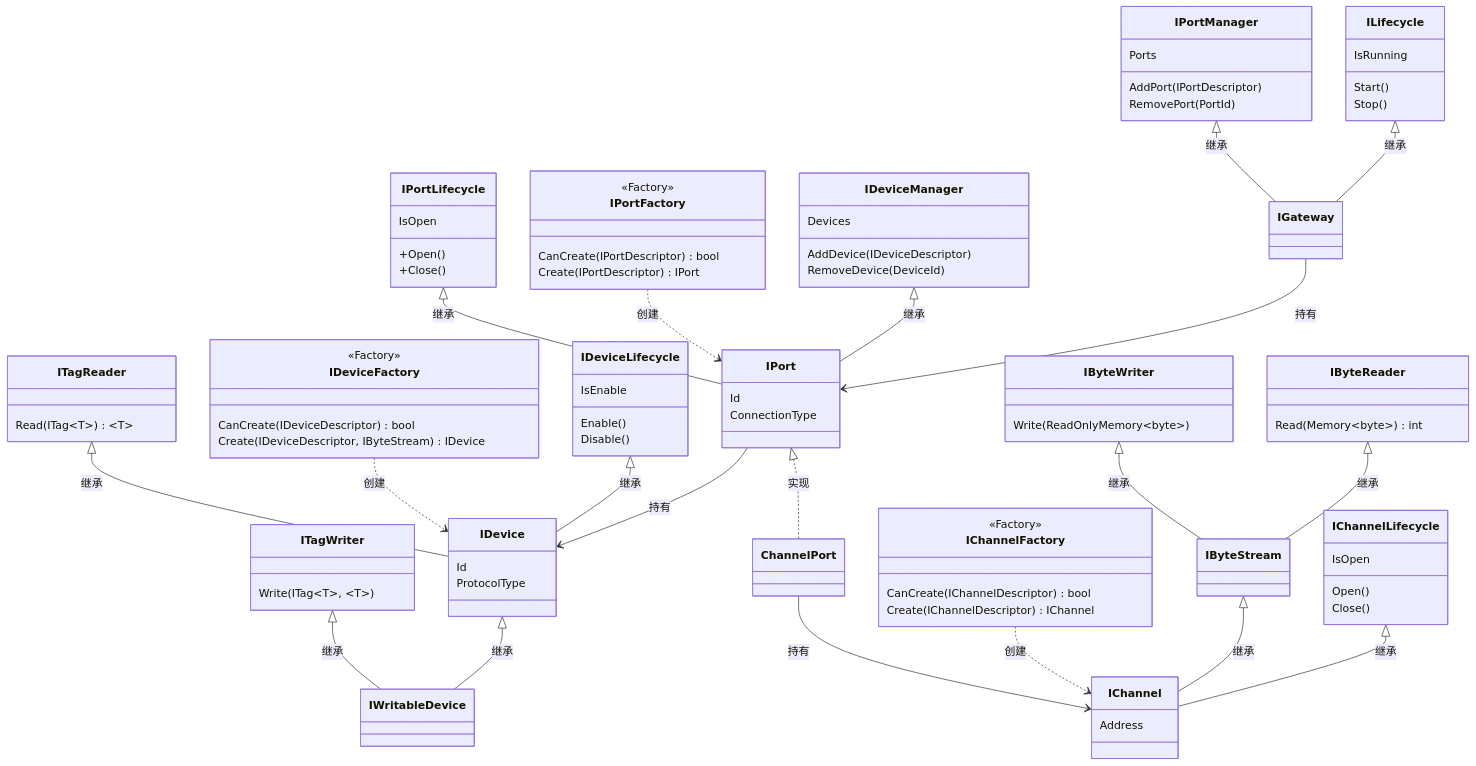
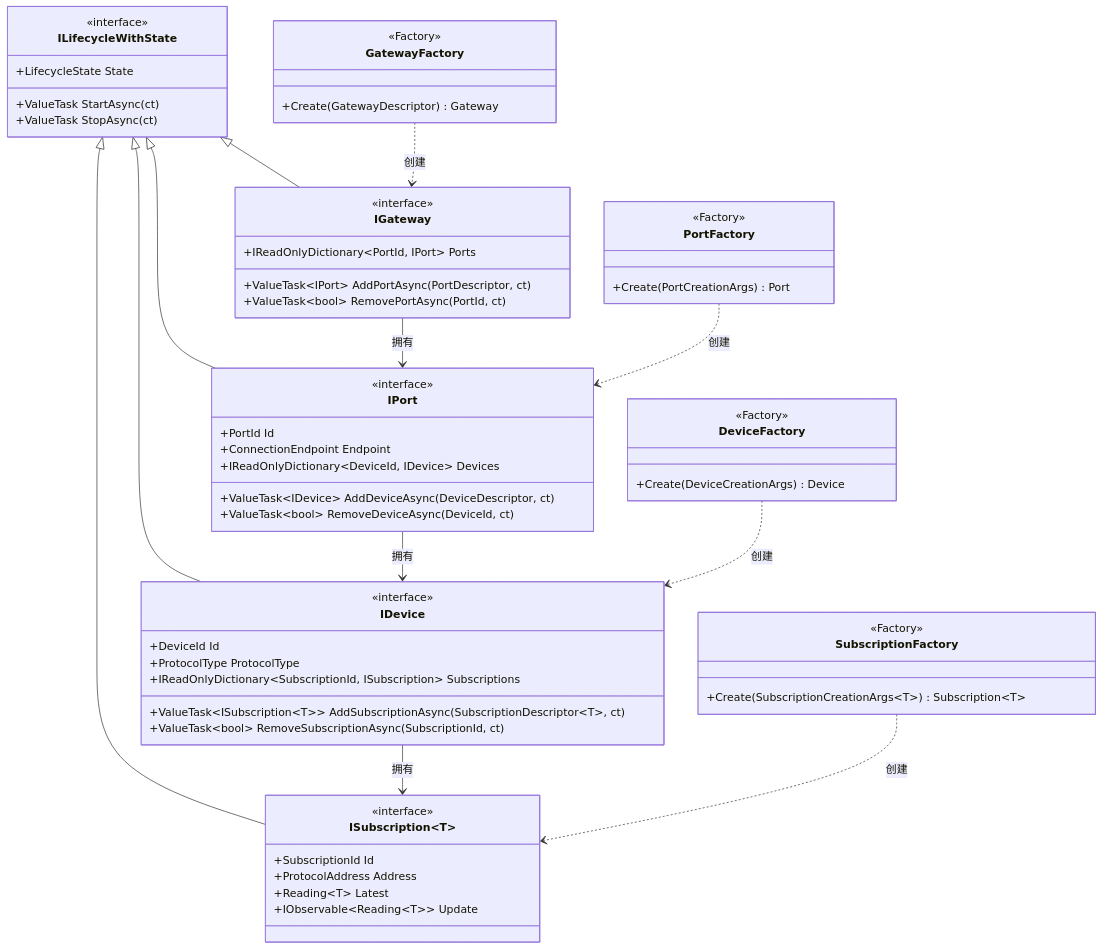
The second of 10 diagrams in README.md (thabesoft/EdgeGateway), drawn with Mermaid before and after one commit. The commit also changed other lines of this file, not shown here.

````diff
--- a/README.md
+++ b/README.md
@@ -28,121 +69,73 @@
 ```mermaid
 classDiagram
-    
-    class ILifecycle {
-        IsRunning
-        Start()
-        Stop()
+
+    class ILifecycleWithState {
+        <<interface>>
+        +LifecycleState State
+        +ValueTask StartAsync(ct)
+        +ValueTask StopAsync(ct)
     }
 
-    class IPortManager {
-        Ports
-        AddPort(IPortDescriptor)
-        RemovePort(PortId)
+    class IGateway {
+        <<interface>>
+        +IReadOnlyDictionary~PortId, IPort~ Ports
+        +ValueTask~IPort~ AddPortAsync(PortDescriptor, ct)
+        +ValueTask~bool~ RemovePortAsync(PortId, ct)
     }
-
-    class IGateway
-
-
-    
-
-    class IPortFactory {
+    class GatewayFactory {
         <<Factory>>
-        CanCreate(IPortDescriptor) bool
-        Create(IPortDescriptor) IPort
-    }
-
-    class IPortLifecycle {
-        IsOpen
-        +Open()
-        +Close()
+        +Create(GatewayDescriptor) Gateway
     }
 
     class IPort {
-        Id
-        ConnectionType
+        <<interface>>
+        +PortId Id
+        +ConnectionEndpoint Endpoint
+        +IReadOnlyDictionary~DeviceId, IDevice~ Devices
+        +ValueTask~IDevice~ AddDeviceAsync(DeviceDescriptor, ct)
+        +ValueTask~bool~ RemoveDeviceAsync(DeviceId, ct)
     }
-
-    
-    class IDeviceLifecycle {
-        IsEnable
-        Enable()
-        Disable()
+    class PortFactory {
+        <<Factory>>
+        +Create(PortCreationArgs) Port
     }
 
     class IDevice {
-        Id
-        ProtocolType
+        <<interface>>
+        +DeviceId Id
+        +ProtocolType ProtocolType
+        +IReadOnlyDictionary~SubscriptionId, ISubscription~ Subscriptions
+        +ValueTask~ISubscription~T~~ AddSubscriptionAsync(SubscriptionDescriptor~T~, ct)
+        +ValueTask~bool~ RemoveSubscriptionAsync(SubscriptionId, ct)
+    }
+    class DeviceFactory {
+        <<Factory>>
+        +Create(DeviceCreationArgs) Device
     }
 
-    class IDeviceManager {
-        Devices
-        AddDevice(IDeviceDescriptor)
-        RemoveDevice(DeviceId)
+    class ISubscription~T~ {
+        <<interface>>
+        +SubscriptionId Id
+        +ProtocolAddress Address
+        +Reading~T~ Latest
+        +IObservable~Reading~T~~ Update
+    }
+    class SubscriptionFactory {
+        <<Factory>>
+        +Create(SubscriptionCreationArgs~T~) Subscription~T~
     }
 
-    class IDeviceFactory {
-        <<Factory>>
-        CanCreate(IDeviceDescriptor) bool
-        Create(IDeviceDescriptor, IByteStream) IDevice
-    }
+    ILifecycleWithState <|-- IGateway
+    ILifecycleWithState <|-- IPort
+    ILifecycleWithState <|-- IDevice
+    ILifecycleWithState <|-- ISubscription~T~
 
-    class ITagReader {
-        Read(ITag~T~) ~T~
-    }
+    IGateway --> IPort : 拥有
+    IPort --> IDevice : 拥有
+    IDevice --> ISubscription~T~ : 拥有
 
-    class ITagWriter {
-        Write(ITag~T~, ~T~)
-    }
-
-    class IByteReader {
-        Read(Memory~byte~) int
-    }
-    class IByteWriter {
-        Write(ReadOnlyMemory~byte~)
-    }
-    class IByteStream
-
-
-    class IChannelLifecycle {
-        IsOpen
-        Open()
-        Close()
-    }
-    class IChannelFactory {
-         <<Factory>>
-        CanCreate(IChannelDescriptor) bool
-        Create(IChannelDescriptor) IChannel
-    }
-
-    class IChannel {
-        Address
-    }
-    class ChannelPort
-
-
-    ILifecycle <|-- IGateway : 继承
-    IPortManager <|-- IGateway : 继承
-    IGateway --> IPort : 持有
-
-    IDeviceManager <|-- IPort : 继承
-    IPort --> IDevice : 持有 
-    IPortFactory ..> IPort : 创建
-    IPortLifecycle <|-- IPort : 继承
-    
-    IDeviceLifecycle <|-- IDevice : 继承
-    IDeviceFactory ..> IDevice : 创建
-    ITagReader <|-- IDevice : 继承
-
-    IDevice <|-- IWritableDevice : 继承
-    ITagWriter <|-- IWritableDevice : 继承
-
-    IByteReader <|-- IByteStream : 继承
-    IByteWriter <|-- IByteStream : 继承
-
-    IChannelLifecycle <|-- IChannel : 继承
-    IByteStream <|-- IChannel : 继承
-    IChannelFactory ..> IChannel : 创建
-
-    IPort <|.. ChannelPort : 实现
-    ChannelPort --> IChannel : 持有 
+    GatewayFactory ..> IGateway : 创建
+    PortFactory ..> IPort : 创建
+    DeviceFactory ..> IDevice : 创建
+    SubscriptionFactory ..> ISubscription~T~ : 创建
 ```
````
